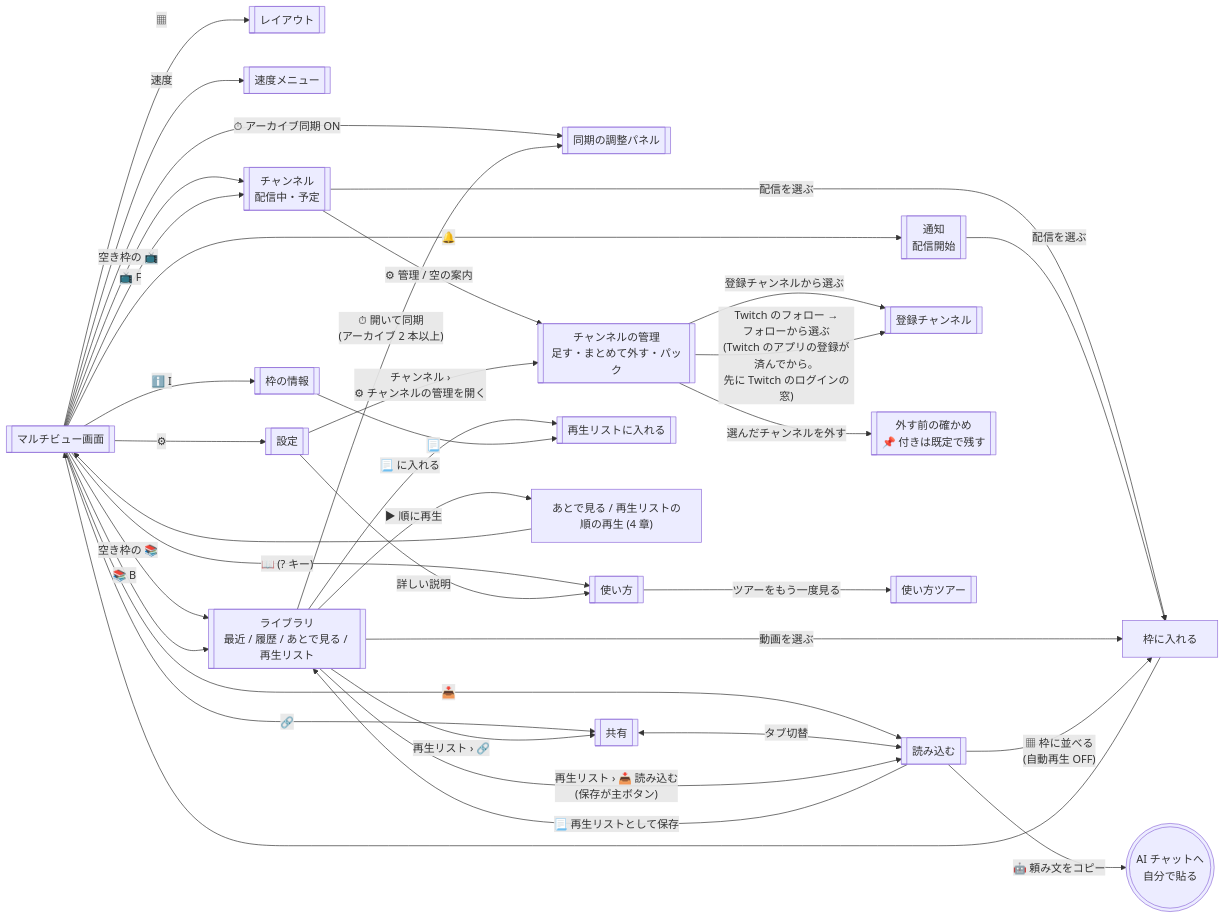
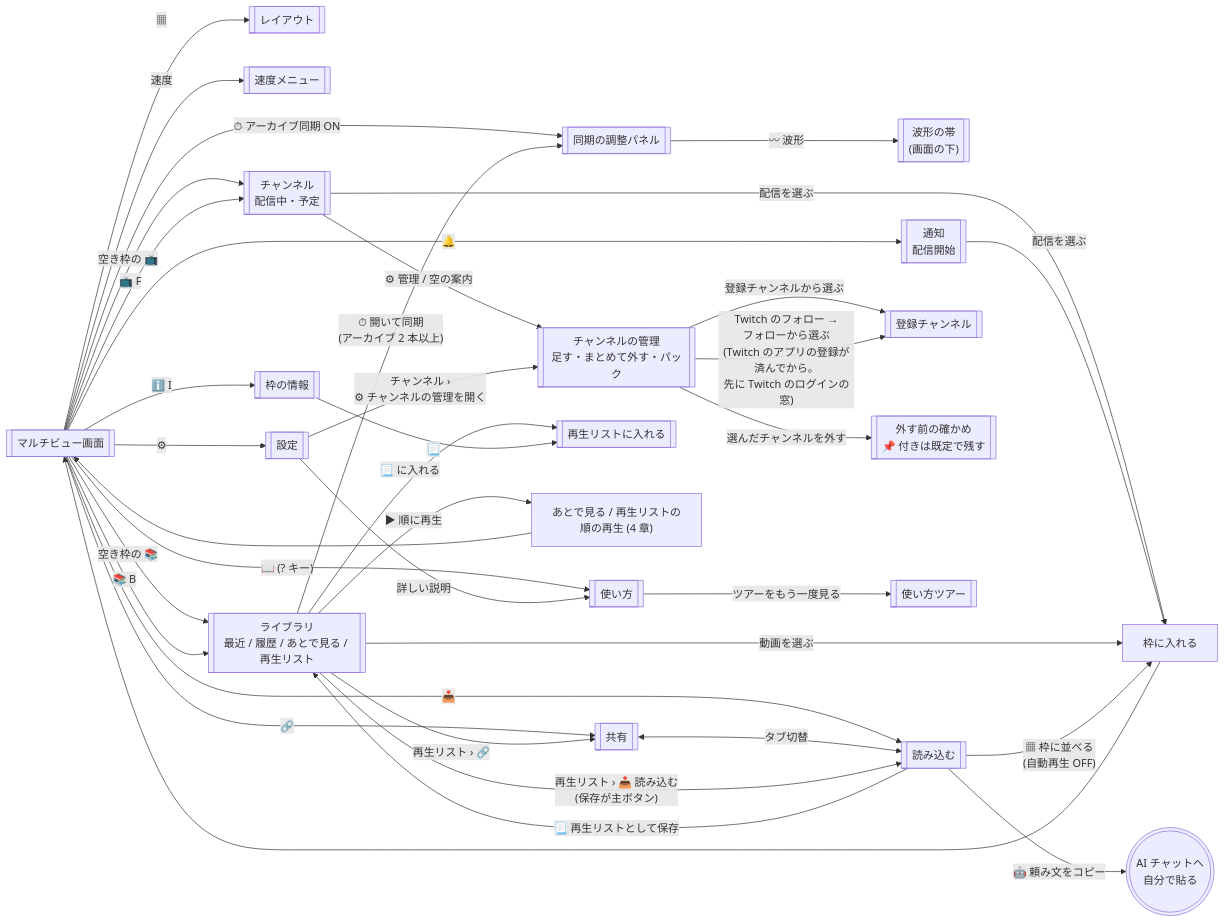
Before and after one commit to contee213/hakomado: the third of 5 diagrams in docs/screen-flow.md, drawn with Mermaid. The commit also changed other lines of this file and 19 other files, not shown here.

````diff
--- a/docs/screen-flow.md
+++ b/docs/screen-flow.md
@@ -86,39 +86,40 @@
 ```mermaid
 flowchart LR
   MAIN[["マルチビュー画面"]]
   MAIN -- "▦" --> LAY[["レイアウト"]]
   MAIN -- "速度" --> SPD[["速度メニュー"]]
   MAIN -- "⏱ アーカイブ同期 ON" --> DOCK[["同期の調整パネル"]]
+  DOCK -- "〰 波形" --> WAVE[["波形の帯<br>(画面の下)"]]
   MAIN -- "空き枠の 📺" --> CH
   MAIN -- "空き枠の 📚" --> LIB
   MAIN -- "🔔" --> NOT[["通知<br>配信開始"]]
   MAIN -- "📺 F" --> CH[["チャンネル<br>配信中・予定"]]
   MAIN -- "📚 B" --> LIB[["ライブラリ<br>最近 / 履歴 / あとで見る / 再生リスト"]]
   MAIN -- "ℹ️ I" --> INFO[["枠の情報"]]
   MAIN -- "🔗" --> SH[["共有"]]
   MAIN -- "📥" --> RD[["読み込む"]]
   MAIN -- "⚙" --> SET[["設定"]]
   MAIN -- "📖 (? キー)" --> HELP[["使い方"]]
   SH <-- "タブ切替" --> RD
   CH -- "⚙ 管理 / 空の案内" --> CM[["チャンネルの管理<br>足す・まとめて外す・パック"]]
   SET -- "チャンネル ›<br>⚙ チャンネルの管理を開く" --> CM
   CM -- "登録チャンネルから選ぶ" --> SUBS[["登録チャンネル"]]
   CM -- "Twitch のフォロー →<br>フォローから選ぶ<br>(Twitch のアプリの登録が済んでから。<br>先に Twitch のログインの窓)" --> SUBS
   CM -- "選んだチャンネルを外す" --> CMC[["外す前の確かめ<br>📌 付きは既定で残す"]]
   SET -- "詳しい説明" --> HELP
   HELP -- "ツアーをもう一度見る" --> TOUR[["使い方ツアー"]]
   CH -- "配信を選ぶ" --> TILE["枠に入れる"]
   NOT -- "配信を選ぶ" --> TILE
   LIB -- "動画を選ぶ" --> TILE
   LIB -- "⏱ 開いて同期<br>(アーカイブ 2 本以上)" --> DOCK
   LIB -- "📃 に入れる" --> PLP[["再生リストに入れる"]]
   LIB -- "▶ 順に再生" --> Q["あとで見る / 再生リストの<br>順の再生 (4 章)"]
   LIB -- "再生リスト › 📥 読み込む<br>(保存が主ボタン)" --> RD
   LIB -- "再生リスト › 🔗" --> SH
   INFO -- "📃" --> PLP
   RD -- "▦ 枠に並べる<br>(自動再生 OFF)" --> TILE
   RD -- "📃 再生リストとして保存" --> LIB
   RD -- "🤖 頼み文をコピー" --> AI((("AI チャットへ<br>自分で貼る")))
   TILE --> MAIN
   Q --> MAIN
 ```
````
